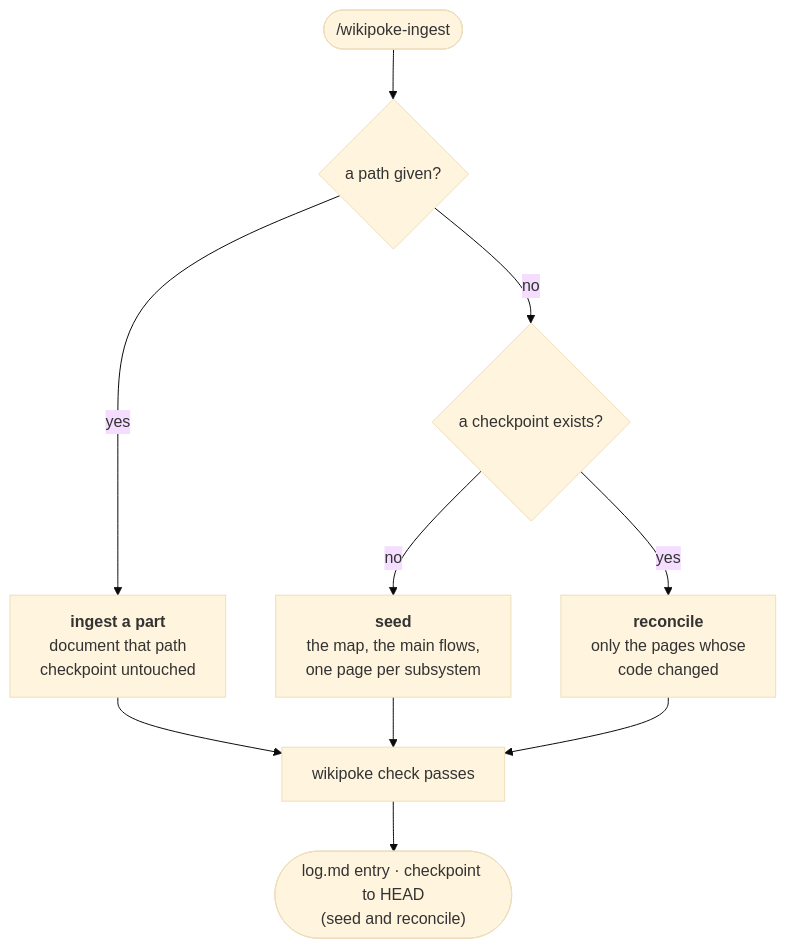
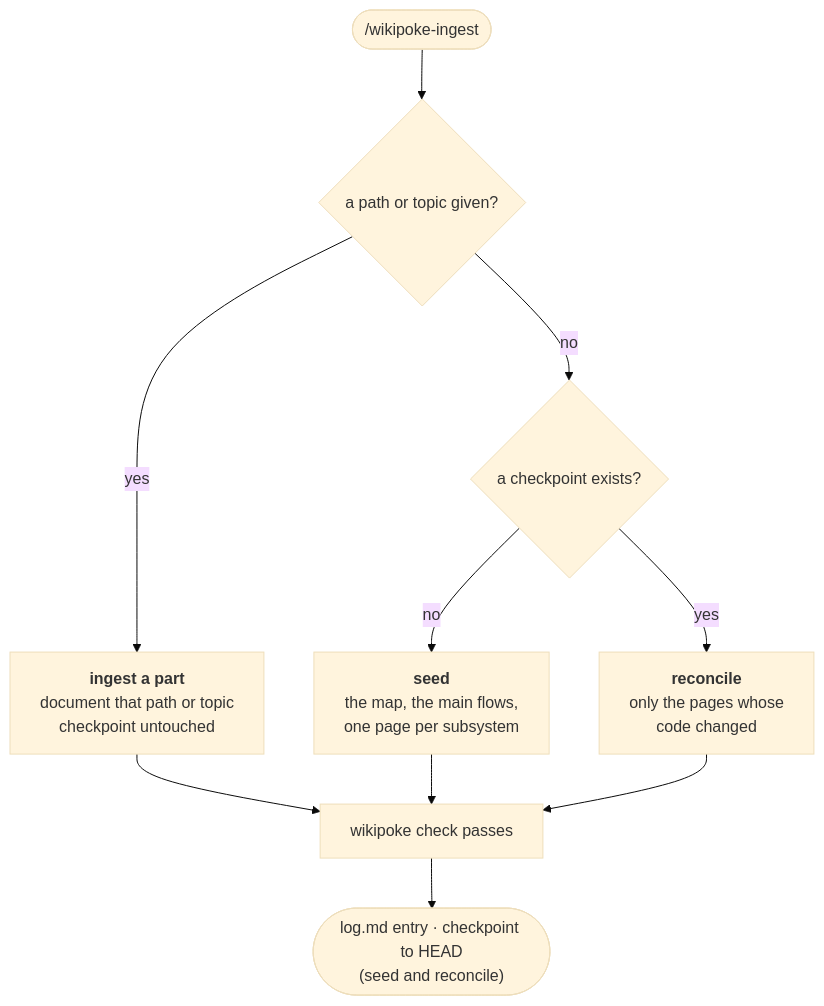
Before and after one commit to webreactiva/wikipoke: the third of 3 diagrams in README.md, drawn with Mermaid (base theme). The commit also changed other lines of this file, not shown here.

````diff
--- a/README.md
+++ b/README.md
@@ -269,12 +322,12 @@
 ```mermaid
 flowchart TD
-    run(["/wikipoke-ingest"]) --> arg{"a path given?"}
-    arg -- yes --> part["<b>ingest a part</b><br/>document that path<br/>checkpoint untouched"]
+    run(["/wikipoke-ingest"]) --> arg{"a path or topic given?"}
+    arg -- yes --> part["<b>ingest a part</b><br/>document that path or topic<br/>checkpoint untouched"]
     arg -- no --> state{"a checkpoint exists?"}
     state -- no --> seed["<b>seed</b><br/>the map, the main flows,<br/>one page per subsystem"]
     state -- yes --> reconcile["<b>reconcile</b><br/>only the pages whose<br/>code changed"]
     part --> verify["wikipoke check passes"]
     seed --> verify
     reconcile --> verify
     verify --> done(["log.md entry · checkpoint to HEAD<br/>(seed and reconcile)"])
 ```
````
